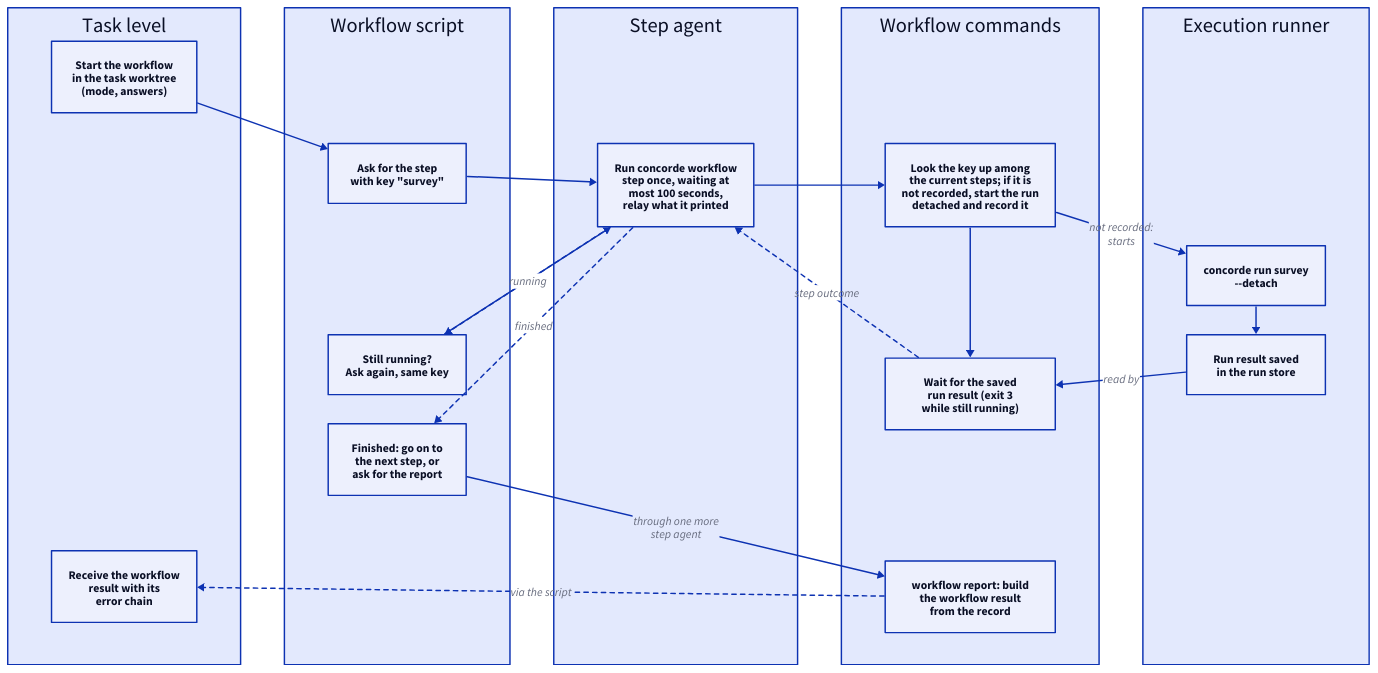
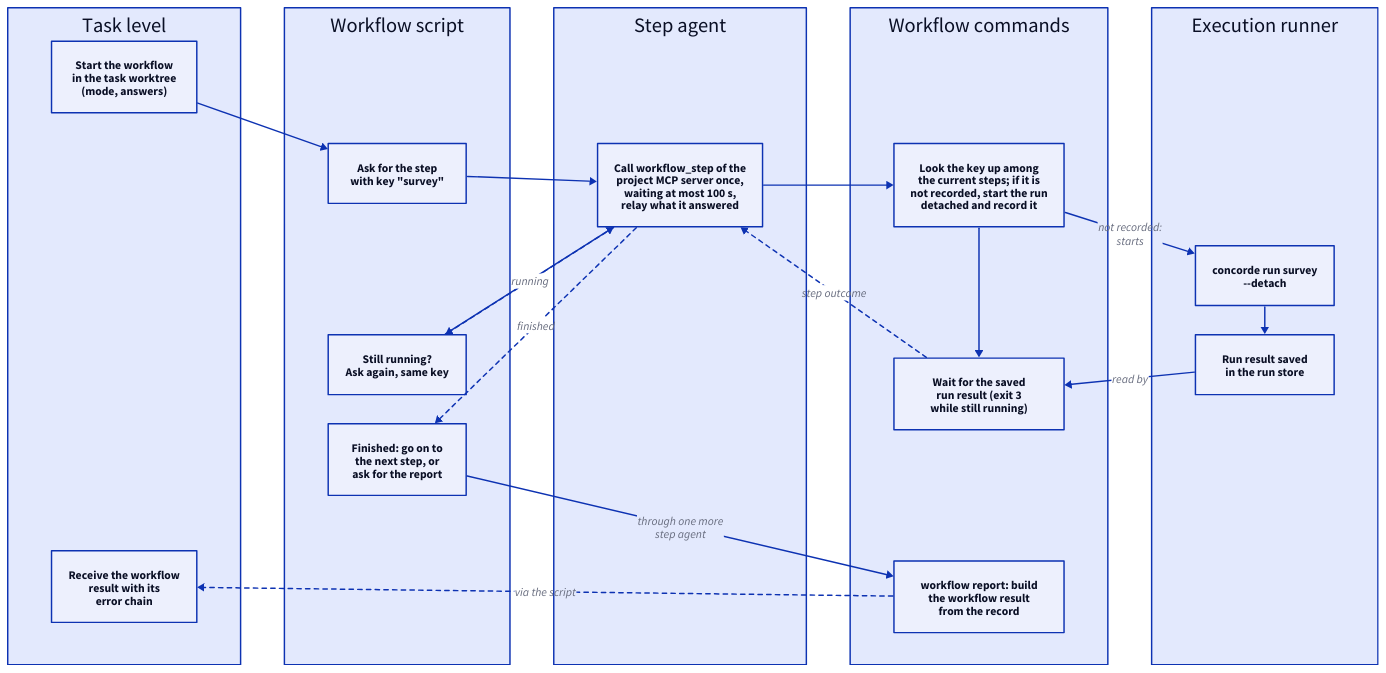
The third of 5 diagrams in specs/concorde/execution/workflows/module.md (FTOD/concorde), drawn with D2 before and after one commit. The commit also changed other lines of this file and 17 other files, not shown here.

First line of the commit message:
Specify why workflow steps start through the project MCP server

````diff
--- a/specs/concorde/execution/workflows/module.md
+++ b/specs/concorde/execution/workflows/module.md
@@ -248,67 +252,67 @@
 ```d2 illustrative
 grid-columns: 5
 horizontal-gap: 60
 task: "Task level" {
   grid-columns: 1
   vertical-gap: 40
   start: "Start the workflow\nin the task worktree\n(mode, answers)"
   g1: "" {style.opacity: 0}
   g2: "" {style.opacity: 0}
   g3: "" {style.opacity: 0}
   g4: "" {style.opacity: 0}
   receive: "Receive the workflow\nresult with its\nerror chain"
 }
 script: "Workflow script" {
   grid-columns: 1
   vertical-gap: 40
   g0: "" {style.opacity: 0}
   request: "Ask for the step\nwith key \"survey\""
   g1: "" {style.opacity: 0}
   again: "Still running?\nAsk again, same key"
   next: "Finished: go on to\nthe next step, or\nask for the report"
   g2: "" {style.opacity: 0}
 }
 agent: "Step agent" {
   grid-columns: 1
   vertical-gap: 40
   g0: "" {style.opacity: 0}
-  relay: "Run concorde workflow\nstep once, waiting at\nmost 100 seconds,\nrelay what it printed"
+  relay: "Call workflow_step of the\nproject MCP server once,\nwaiting at most 100 s,\nrelay what it answered"
   g1: "" {style.opacity: 0}
   g2: "" {style.opacity: 0}
   g3: "" {style.opacity: 0}
   g4: "" {style.opacity: 0}
 }
 commands: "Workflow commands" {
   grid-columns: 1
   vertical-gap: 40
   g0: "" {style.opacity: 0}
   lookup: "Look the key up among\nthe current steps; if it is\nnot recorded, start the run\ndetached and record it"
   g1: "" {style.opacity: 0}
   wait: "Wait for the saved\nrun result (exit 3\nwhile still running)"
   g2: "" {style.opacity: 0}
   report: "workflow report: build\nthe workflow result\nfrom the record"
 }
 runner: "Execution runner" {
   grid-columns: 1
   vertical-gap: 40
   g0: "" {style.opacity: 0}
   g1: "" {style.opacity: 0}
   run: "concorde run survey\n--detach"
   saved: "Run result saved\nin the run store"
   g2: "" {style.opacity: 0}
   g3: "" {style.opacity: 0}
 }
 task.start -> script.request
 script.request -> agent.relay
 agent.relay -> commands.lookup
 commands.lookup -> commands.wait
 commands.lookup -> runner.run: "not recorded:\nstarts"
 runner.run -> runner.saved
 runner.saved -> commands.wait: "read by"
 commands.wait -> agent.relay: "step outcome" {style.stroke-dash: 3}
 agent.relay -> script.again: "running" {style.stroke-dash: 3}
 agent.relay -> script.next: "finished" {style.stroke-dash: 3}
 script.again -> agent.relay
 script.next -> commands.report: "through one more\nstep agent"
 commands.report -> task.receive: "via the script" {style.stroke-dash: 3}
 ```
````
